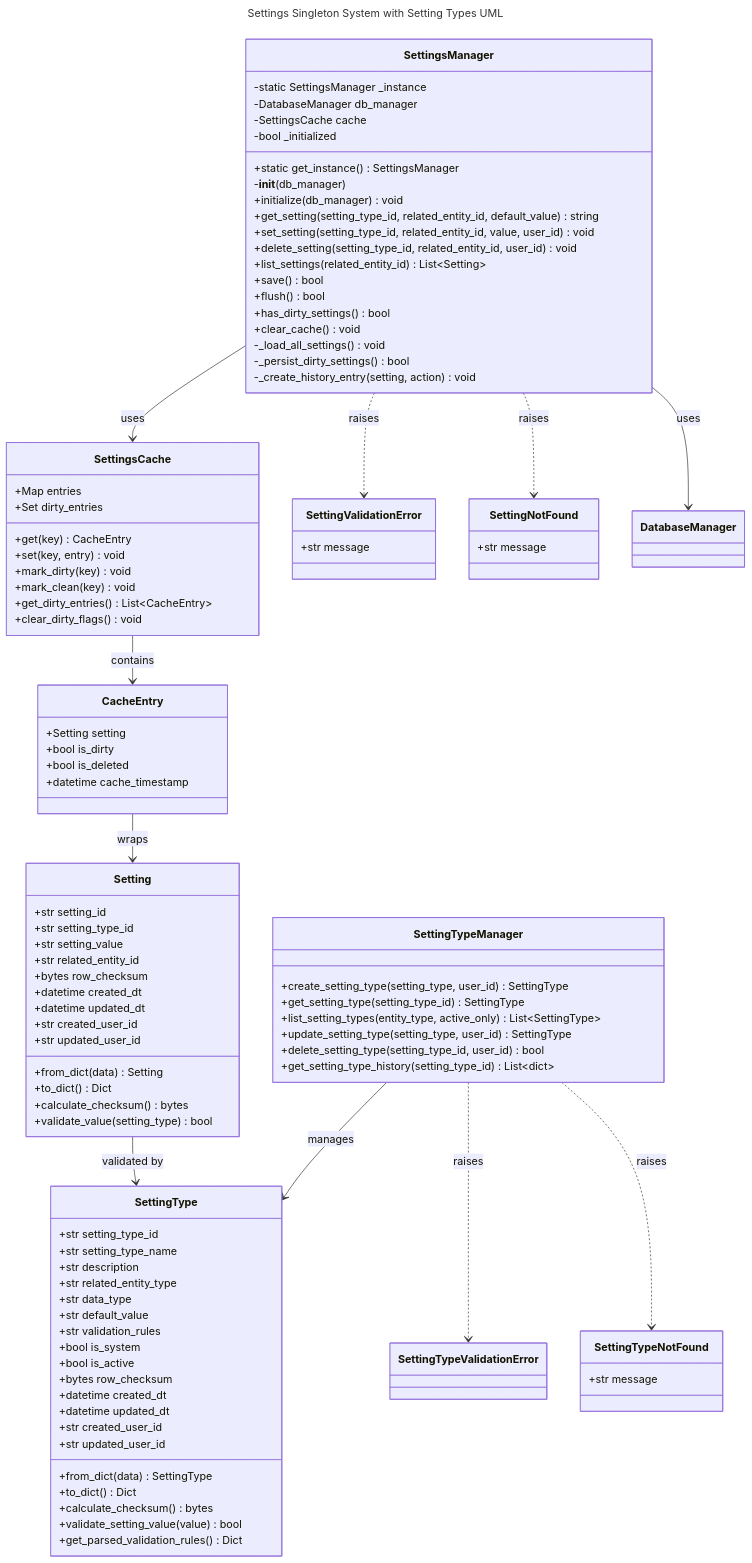
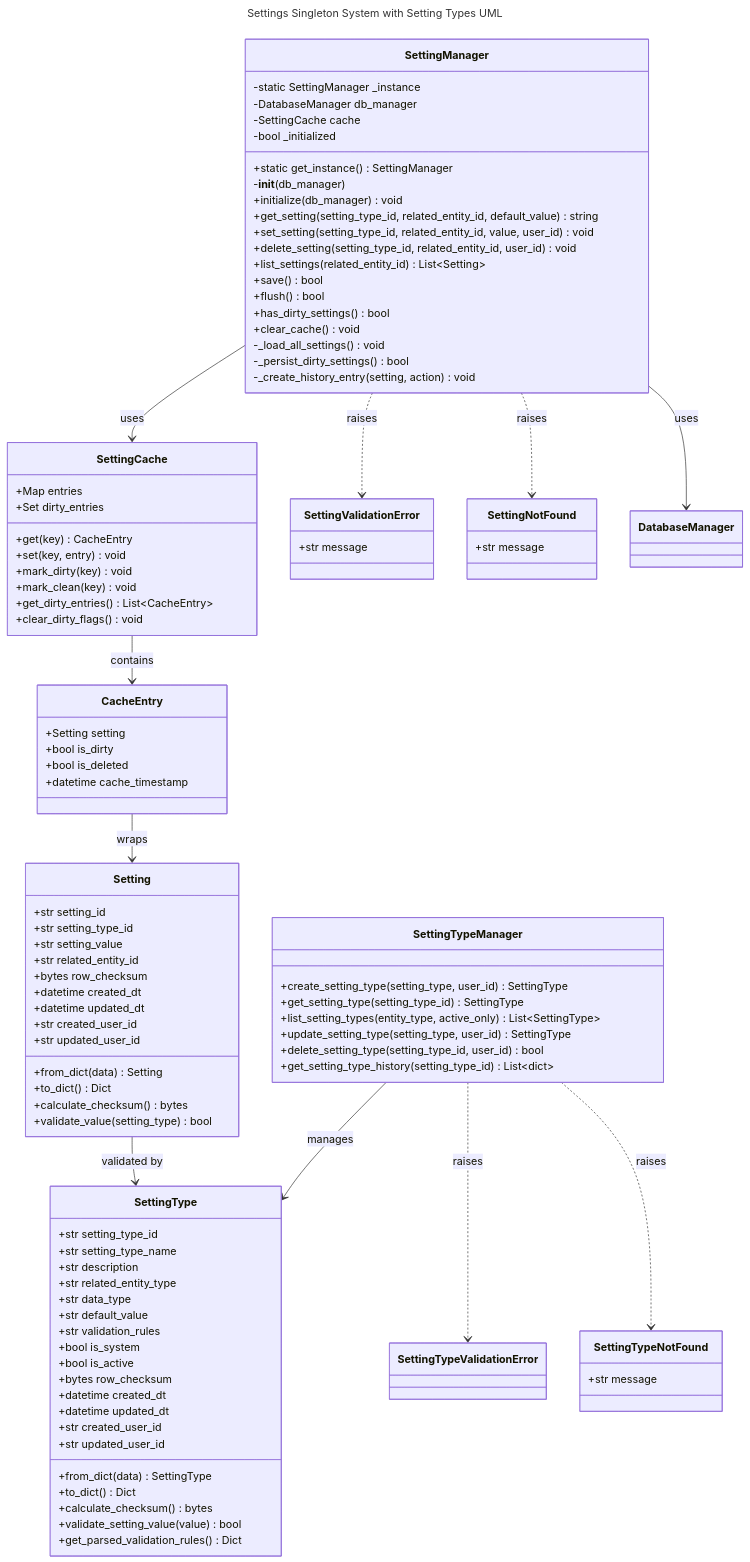
One commit to SeanAdams10/AITypingTrainer changed the diagram in Requirements/Settings_req.md. Above: the diagram before and after it, drawn with Mermaid. The commit also changed other lines of this file and 19 other files, not shown here.

```diff
--- a/Requirements/Settings_req.md
+++ b/Requirements/Settings_req.md
@@ -371,12 +371,12 @@
 title: Settings Singleton System with Setting Types UML
 ---
 classDiagram
-    class SettingsManager {
-        -static SettingsManager _instance
+    class SettingManager {
+        -static SettingManager _instance
         -DatabaseManager db_manager
-        -SettingsCache cache
+        -SettingCache cache
         -bool _initialized
-        +static get_instance() SettingsManager
+        +static get_instance() SettingManager
         -__init__(db_manager)
         +initialize(db_manager) void
         +get_setting(setting_type_id, related_entity_id, default_value) string
@@ -430,7 +430,7 @@
         +get_parsed_validation_rules() Dict
     }
     
-    class SettingsCache {
+    class SettingCache {
         +Map entries
         +Set dirty_entries
         +get(key) CacheEntry
@@ -469,13 +469,13 @@
         +str message
     }
     
-    SettingsManager --> SettingsCache : uses
-    SettingsCache --> CacheEntry : contains
+    SettingManager --> SettingCache : uses
+    SettingCache --> CacheEntry : contains
     CacheEntry --> Setting : wraps
     Setting --> SettingType : validated by
-    SettingsManager ..> SettingValidationError : raises
-    SettingsManager ..> SettingNotFound : raises
-    SettingsManager --> DatabaseManager : uses
+    SettingManager ..> SettingValidationError : raises
+    SettingManager ..> SettingNotFound : raises
+    SettingManager --> DatabaseManager : uses
     SettingTypeManager --> SettingType : manages
     SettingTypeManager ..> SettingTypeValidationError : raises
     SettingTypeManager ..> SettingTypeNotFound : raises
```
